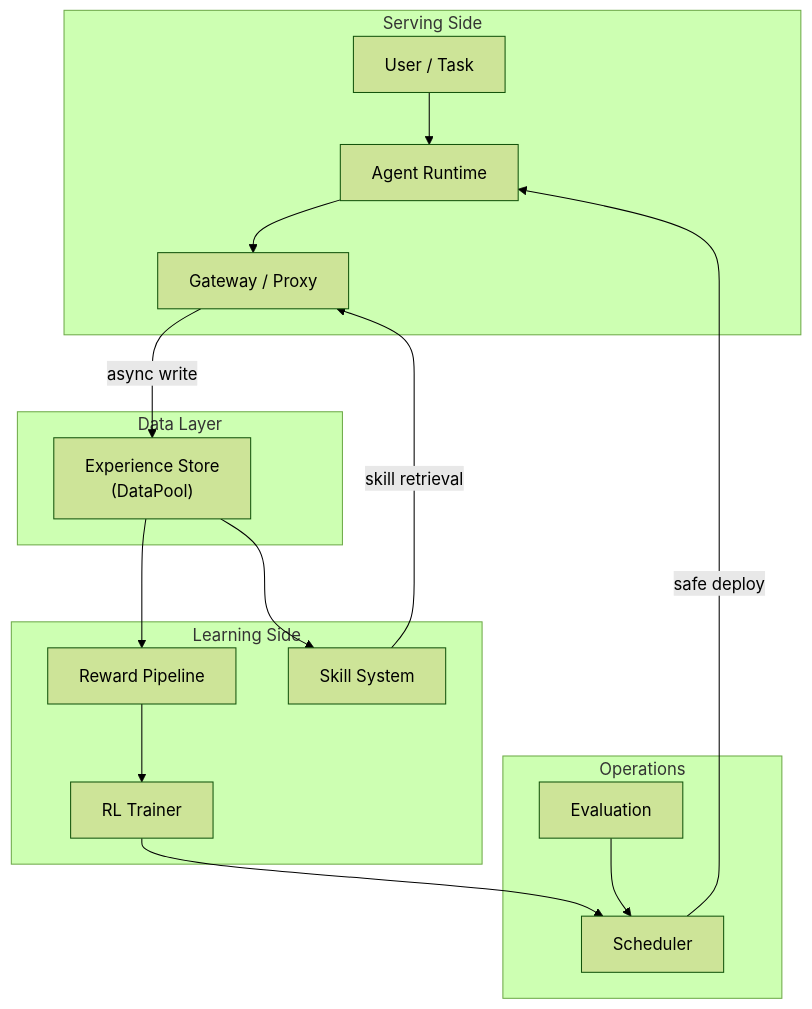
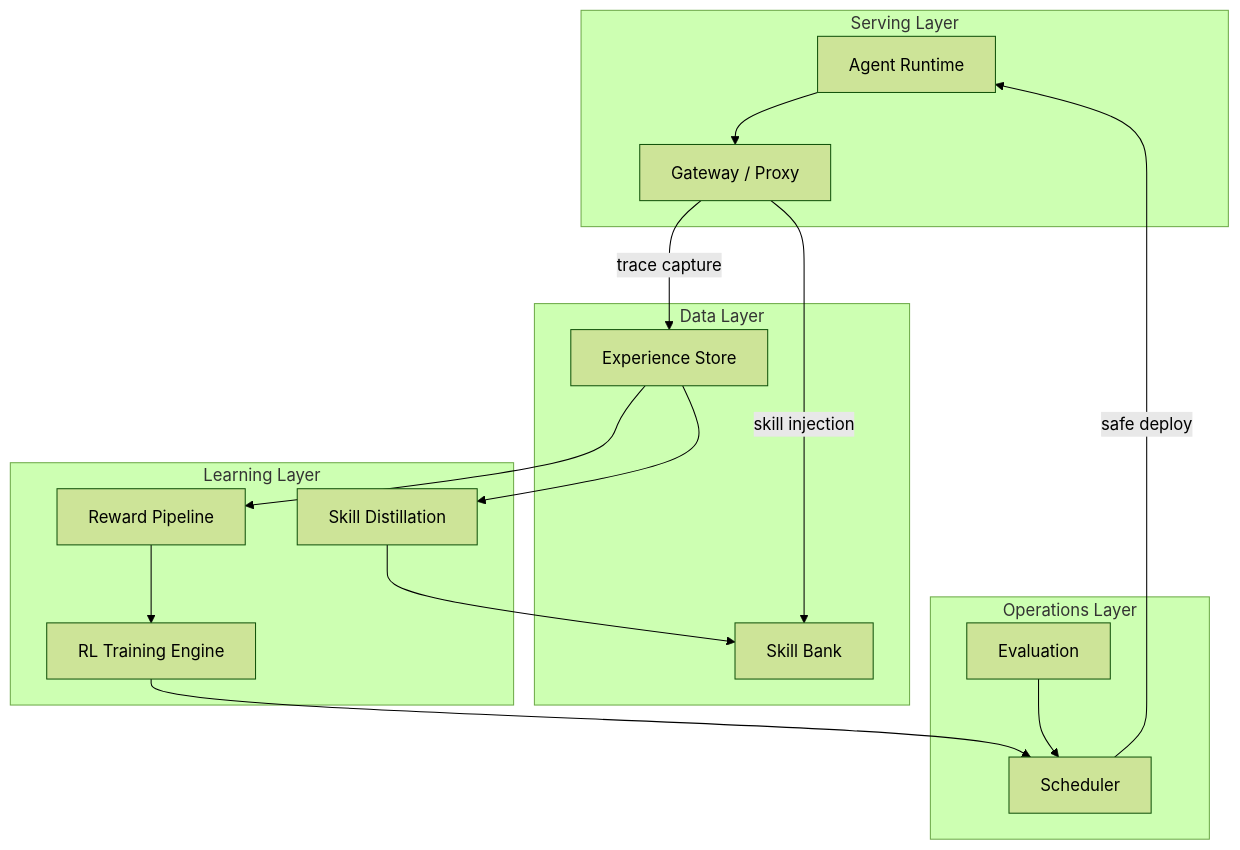
One commit to DUXUCHONG/Persona-craw changed the diagram in docs/architecture.md. Above: the diagram before and after it, drawn with Mermaid (forest theme). The commit also changed other lines of this file and 4 other files, not shown here.

````diff
--- a/docs/architecture.md
+++ b/docs/architecture.md
@@ -23,34 +9,34 @@
 ```mermaid
 flowchart TB
-    subgraph serving ["Serving Side"]
-        User["User / Task"]
+    subgraph serving ["Serving Layer"]
         Runtime["Agent Runtime"]
         Gateway["Gateway / Proxy"]
     end
 
     subgraph data ["Data Layer"]
-        Store["Experience Store\n(DataPool)"]
+        Store["Experience Store"]
+        SkillBank["Skill Bank"]
     end
 
-    subgraph learning ["Learning Side"]
+    subgraph learning ["Learning Layer"]
         Reward["Reward Pipeline"]
-        SkillSys["Skill System"]
-        Trainer["RL Trainer"]
+        Trainer["RL Training Engine"]
+        Distiller["Skill Distillation"]
     end
 
-    subgraph ops ["Operations"]
-        Sched["Scheduler"]
+    subgraph ops ["Operations Layer"]
+        Scheduler["Scheduler"]
         Eval["Evaluation"]
     end
 
-    User --> Runtime
     Runtime --> Gateway
-    Gateway -->|"async write"| Store
+    Gateway -->|"trace capture"| Store
+    Gateway -->|"skill injection"| SkillBank
     Store --> Reward
-    Store --> SkillSys
+    Store --> Distiller
+    Distiller --> SkillBank
     Reward --> Trainer
-    SkillSys -->|"skill retrieval"| Gateway
-    Trainer --> Sched
-    Sched -->|"safe deploy"| Runtime
-    Eval --> Sched
+    Trainer --> Scheduler
+    Scheduler -->|"safe deploy"| Runtime
+    Eval --> Scheduler
 ```
````
